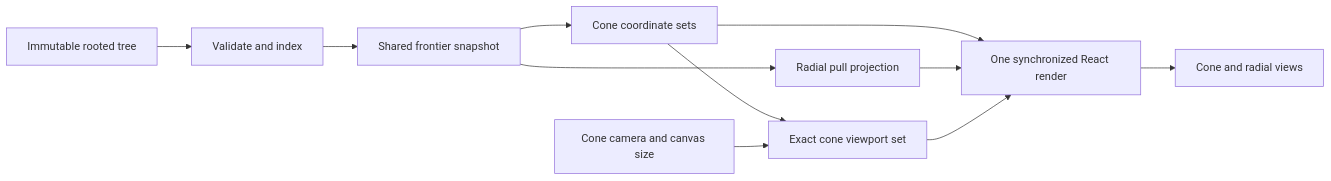
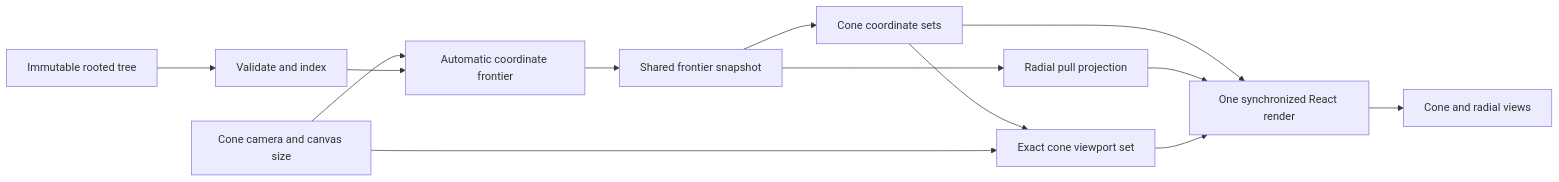
One commit to boyvita/persistent-frontier-graph changed the diagram in docs/algorithm.md. Above: the diagram before and after it, drawn with Mermaid. The commit also changed other lines of this file and 24 other files, not shown here.

Commit message:
feat: restore automatic frontier interactions

````diff
--- a/docs/algorithm.md
+++ b/docs/algorithm.md
@@ -9,13 +9,15 @@
 ```mermaid
 flowchart LR
   T[Immutable rooted tree] --> V[Validate and index]
-  V --> S[Shared frontier snapshot]
+  K[Cone camera and canvas size] --> F[Automatic coordinate frontier]
+  V --> F
+  F --> S[Shared frontier snapshot]
   S --> C[Cone coordinate sets]
   S --> R[Radial pull projection]
   C --> W[Exact cone viewport set]
-  K[Cone camera and canvas size] --> W
+  K --> W
   C --> U[One synchronized React render]
   R --> U
   W --> U
   U --> A[Cone and radial views]
 ```
````
